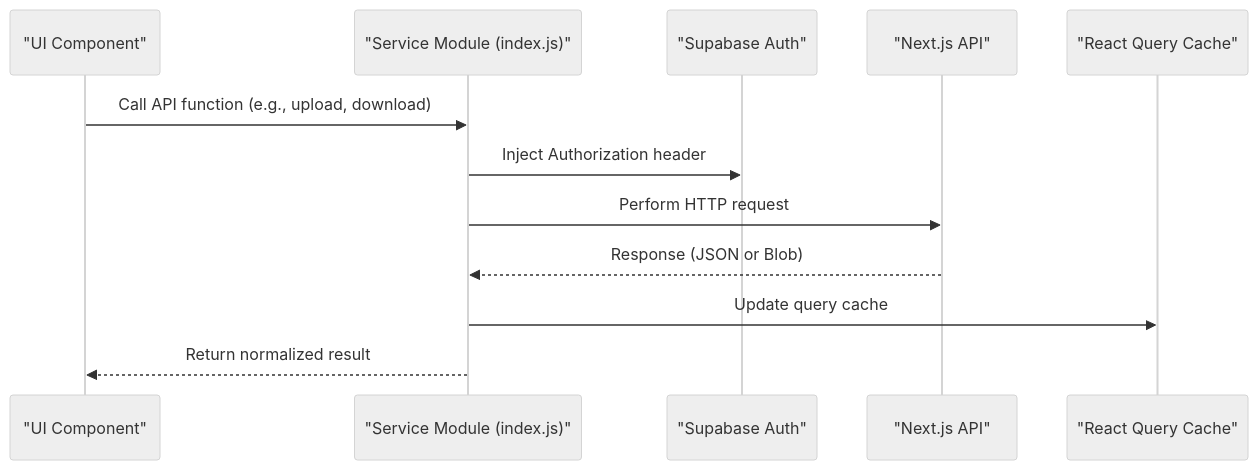
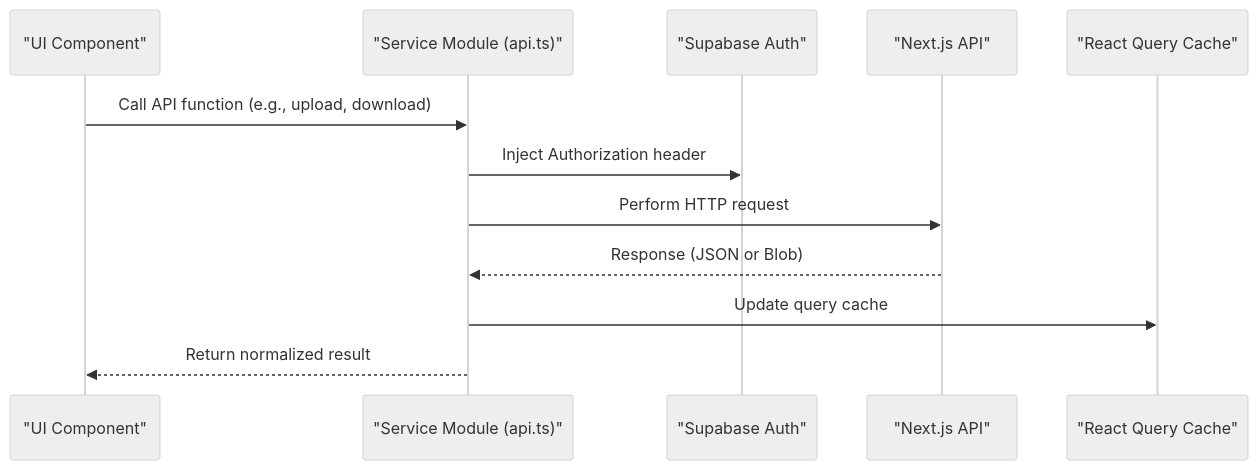
One commit to rohitkumarnaidu/ScholarFormAI changed the second of 9 diagrams in .docs/content/Frontend Development/API Integration/Service Layer Implementation.md. Above: the diagram before and after it, drawn with Mermaid (neutral theme). The commit also changed other lines of this file and 155 other files, not shown here.

````diff
--- a/.docs/content/Frontend Development/API Integration/Service Layer Implementation.md
+++ b/.docs/content/Frontend Development/API Integration/Service Layer Implementation.md
@@ -95,14 +90,14 @@
 ```mermaid
 sequenceDiagram
 participant UI as "UI Component"
-participant SRV as "Service Module (index.js)"
+participant SRV as "Service Module (api.ts)"
 participant AUTH as "Supabase Auth"
 participant API as "Next.js API"
 participant CACHE as "React Query Cache"
 UI->>SRV : Call API function (e.g., upload, download)
 SRV->>AUTH : Inject Authorization header
 SRV->>API : Perform HTTP request
 API-->>SRV : Response (JSON or Blob)
 SRV->>CACHE : Update query cache
 SRV-->>UI : Return normalized result
 ```
````
